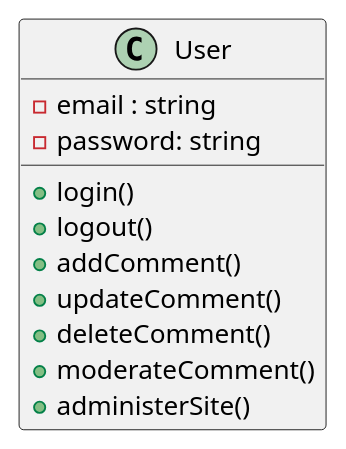
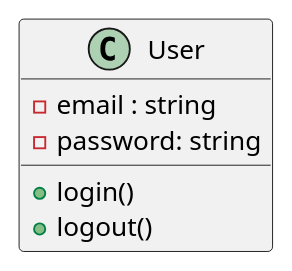
Before and after one commit to laurasullyalexandrine/the2dbubbles: the diagram in diagrammes-uml/Class/User.puml, drawn with PlantUML. The commit also changed 6 other files, not shown here.

```diff
--- a/diagrammes-uml/Class/User.puml
+++ b/diagrammes-uml/Class/User.puml
@@ -1,17 +1,13 @@
 @startuml User
 
 Class User {
+    
     - email : string
     - password: string
     
     + login()
     + logout()
-    + addComment()
-    + updateComment()
-    + deleteComment()
-    + moderateComment()
-    + administerSite()
 
 }
 
 @enduml
```
